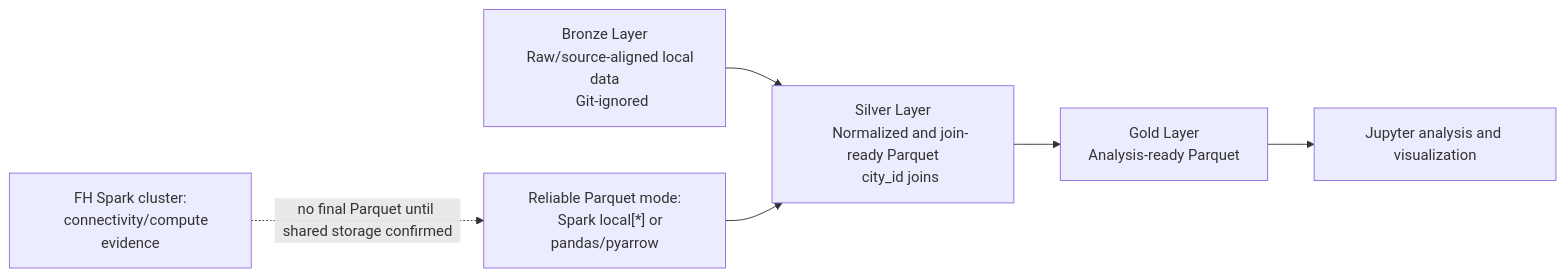
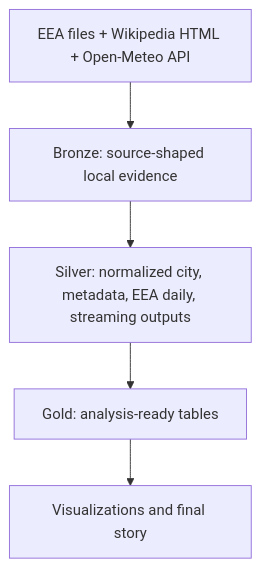
The diagram in docs/diagrams/dataflow.mmd (OnlyMajorG/euro-air-quality-pipeline), drawn with Mermaid before and after one commit. The commit also changed 192 other files, not shown here.

```diff
--- a/docs/diagrams/dataflow.mmd
+++ b/docs/diagrams/dataflow.mmd
@@ -1,14 +1,5 @@
-flowchart LR
-    B["Bronze Layer
-    Raw/source-aligned local data
-    Git-ignored"] --> S["Silver Layer
-    Normalized and join-ready Parquet
-    city_id joins"]
-    S --> G["Gold Layer
-    Analysis-ready Parquet"]
-    G --> A["Jupyter analysis and visualization"]
-
-    Mode["Reliable Parquet mode:
-    Spark local[*] or pandas/pyarrow"] --> S
-    Cluster["FH Spark cluster:
-    connectivity/compute evidence"] -. "no final Parquet until shared storage confirmed" .-> Mode
+flowchart TD
+    Sources["EEA files + Wikipedia HTML + Open-Meteo API"] --> Bronze["Bronze: source-shaped local evidence"]
+    Bronze --> Silver["Silver: normalized city, metadata, EEA daily, streaming outputs"]
+    Silver --> Gold["Gold: analysis-ready tables"]
+    Gold --> Viz["Visualizations and final story"]
```
